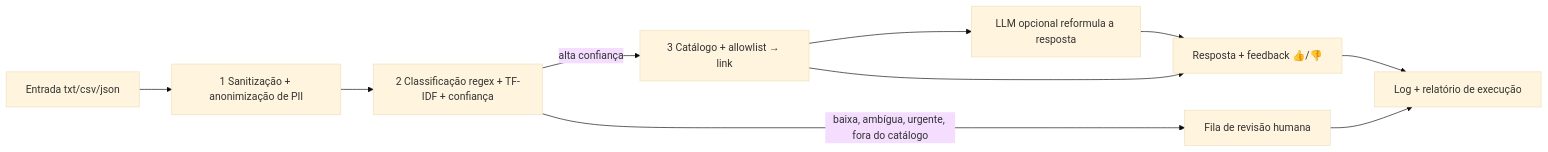
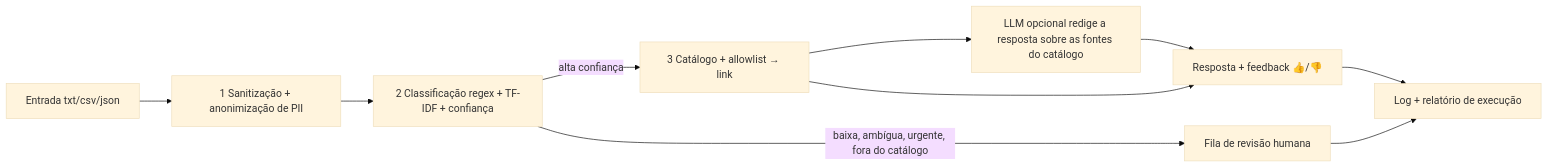
The diagram in README.md (entregas-faculdade/GS-RPA-2S), drawn with Mermaid (base theme) before and after one commit. The commit also changed other lines of this file and 32 other files, not shown here.

First line of the commit message:
feat: o LLM redige a resposta sobre as fontes do catalogo, com guarda na saida e fallback deterministico

````diff
--- a/README.md
+++ b/README.md
@@ -25,12 +25,12 @@
 ```mermaid
 flowchart LR
   A[Entrada txt/csv/json] --> B[1 Sanitização + anonimização de PII]
   B --> C[2 Classificação regex + TF-IDF + confiança]
   C -->|alta confiança| D[3 Catálogo + allowlist → link]
   C -->|baixa, ambígua, urgente, fora do catálogo| H[Fila de revisão humana]
-  D --> L[LLM opcional reformula a resposta]
+  D --> L[LLM opcional redige a resposta sobre as fontes do catálogo]
   L --> R[Resposta + feedback 👍/👎]
   D --> R
   R --> G[Log + relatório de execução]
   H --> G
 ```
````
